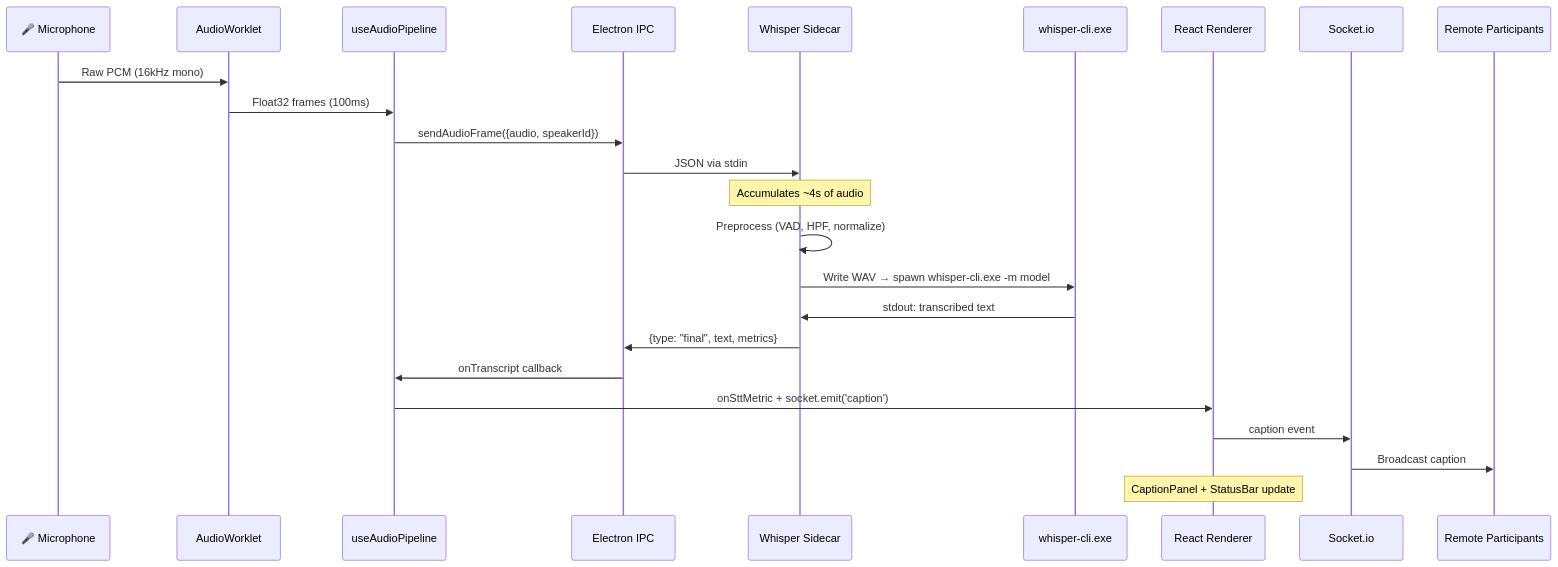
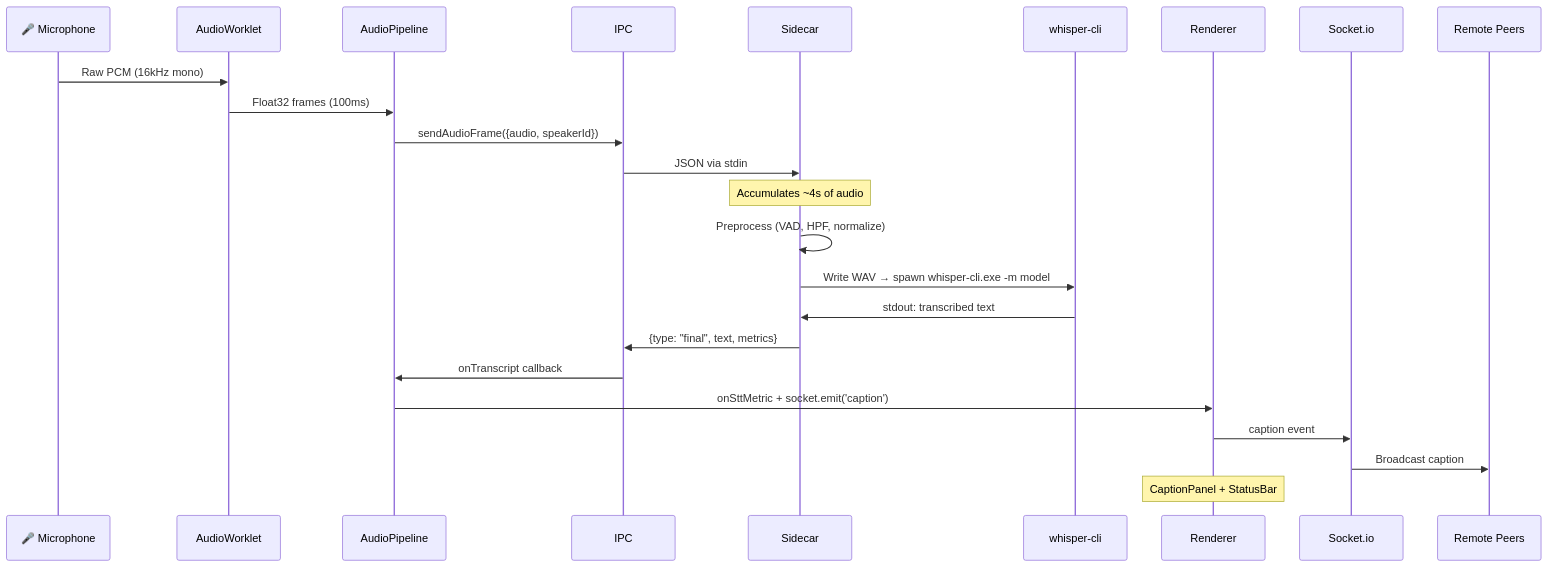
Before and after one commit to khuongngoduc0310/SummarizerApp: the second of 3 diagrams in README.md, drawn with Mermaid. The commit also changed other lines of this file and 10 other files, not shown here.

````diff
--- a/README.md
+++ b/README.md
@@ -98,31 +98,31 @@
 ```mermaid
 sequenceDiagram
     participant Mic as 🎤 Microphone
     participant AW as AudioWorklet
-    participant Hook as useAudioPipeline
-    participant IPC as Electron IPC
-    participant SC as Whisper Sidecar
-    participant WCPP as whisper-cli.exe
-    participant Renderer as React Renderer
+    participant Hook as AudioPipeline
+    participant IPC as IPC
+    participant SC as Sidecar
+    participant WCPP as whisper-cli
+    participant Renderer as Renderer
     participant Socket as Socket.io
-    participant Remote as Remote Participants
+    participant Remote as Remote Peers
 
     Mic->>AW: Raw PCM (16kHz mono)
     AW->>Hook: Float32 frames (100ms)
     Hook->>IPC: sendAudioFrame({audio, speakerId})
     IPC->>SC: JSON via stdin
 
     Note over SC: Accumulates ~4s of audio
 
     SC->>SC: Preprocess (VAD, HPF, normalize)
     SC->>WCPP: Write WAV → spawn whisper-cli.exe -m model
     WCPP->>SC: stdout: transcribed text
     SC->>IPC: {type: "final", text, metrics}
 
     IPC->>Hook: onTranscript callback
     Hook->>Renderer: onSttMetric + socket.emit('caption')
     Renderer->>Socket: caption event
     Socket->>Remote: Broadcast caption
 
-    Note over Renderer: CaptionPanel + StatusBar update
+    Note over Renderer: CaptionPanel + StatusBar
 ```
````
